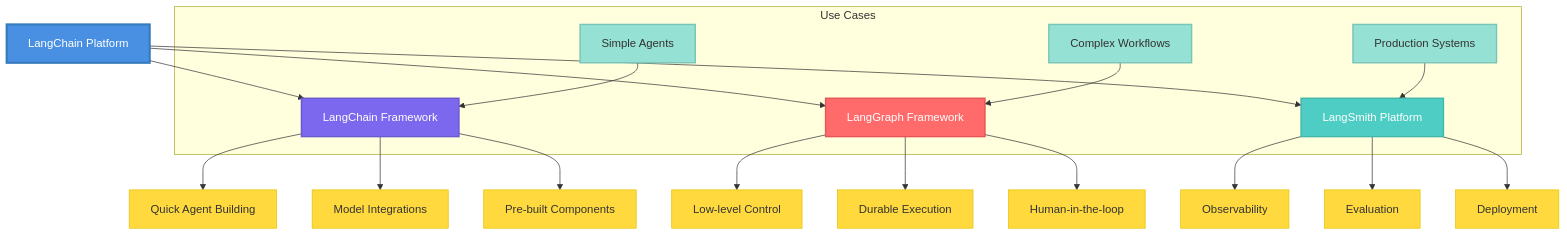
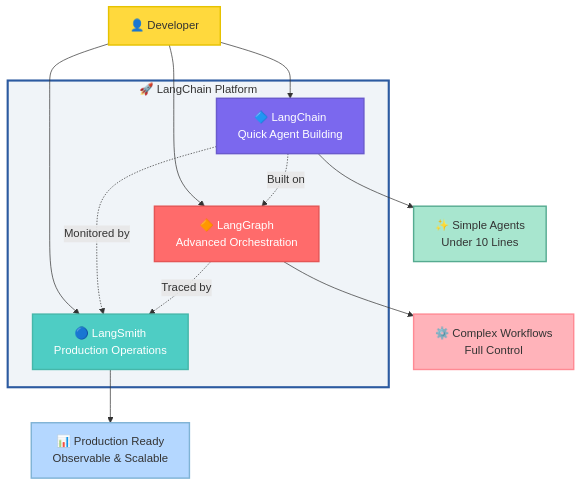
One commit to deepakkamboj/langchain-in-action changed the first of 3 diagrams in pages/part1-foundations/chapter1_02.mdx. Above: the diagram before and after it, drawn with Mermaid. The commit also changed other lines of this file, not shown here.

````diff
--- a/pages/part1-foundations/chapter1_02.mdx
+++ b/pages/part1-foundations/chapter1_02.mdx
@@ -48,39 +48,29 @@
 ```mermaid
-flowchart TD
-    A[LangChain Platform] --> B[LangChain Framework]
-    A --> C[LangGraph Framework]
-    A --> D[LangSmith Platform]
-
-    B --> E[Quick Agent Building]
-    B --> F[Model Integrations]
-    B --> G[Pre-built Components]
-
-    C --> H[Low-level Control]
-    C --> I[Durable Execution]
-    C --> J[Human-in-the-loop]
-
-    D --> K[Observability]
-    D --> L[Evaluation]
-    D --> M[Deployment]
-
-    subgraph "Use Cases"
-    N[Simple Agents] --> B
-    O[Complex Workflows] --> C
-    P[Production Systems] --> D
+graph TB
+    subgraph Platform["🚀 LangChain Platform"]
+        LC[🔷 LangChain<br/>Quick Agent Building]
+        LG[🔶 LangGraph<br/>Advanced Orchestration]
+        LS[🔵 LangSmith<br/>Production Operations]
     end
 
-    %% Color styling
-    classDef platform fill:#4a90e2,stroke:#357abd,stroke-width:3px,color:#fff
-    classDef framework fill:#7b68ee,stroke:#6a5acd,stroke-width:2px,color:#fff
-    classDef langgraph fill:#ff6b6b,stroke:#e55555,stroke-width:2px,color:#fff
-    classDef langsmith fill:#4ecdc4,stroke:#45b7aa,stroke-width:2px,color:#fff
-    classDef features fill:#ffd93d,stroke:#e6c200,stroke-width:1px,color:#333
-    classDef usecases fill:#95e1d3,stroke:#7bc4b8,stroke-width:2px,color:#333
+    User[👤 Developer] --> LC
+    User --> LG
+    User --> LS
 
-    class A platform
-    class B framework
-    class C langgraph
-    class D langsmith
-    class E,F,G,H,I,J,K,L,M features
-    class N,O,P usecases
+    LC -.->|Built on| LG
+    LC -.->|Monitored by| LS
+    LG -.->|Traced by| LS
+
+    LC --> SimpleAgent[✨ Simple Agents<br/>Under 10 Lines]
+    LG --> ComplexAgent[⚙️ Complex Workflows<br/>Full Control]
+    LS --> Production[📊 Production Ready<br/>Observable & Scalable]
+
+    style Platform fill:#f0f4f8,stroke:#2c5aa0,stroke-width:3px
+    style LC fill:#7b68ee,stroke:#6a5acd,stroke-width:2px,color:#fff
+    style LG fill:#ff6b6b,stroke:#e55555,stroke-width:2px,color:#fff
+    style LS fill:#4ecdc4,stroke:#45b7aa,stroke-width:2px,color:#fff
+    style User fill:#ffd93d,stroke:#e6c200,stroke-width:2px,color:#333
+    style SimpleAgent fill:#a8e6cf,stroke:#56ab91,stroke-width:2px,color:#333
+    style ComplexAgent fill:#ffb3ba,stroke:#ff8a94,stroke-width:2px,color:#333
+    style Production fill:#b4d7ff,stroke:#7fb3d5,stroke-width:2px,color:#333
 ```
````
